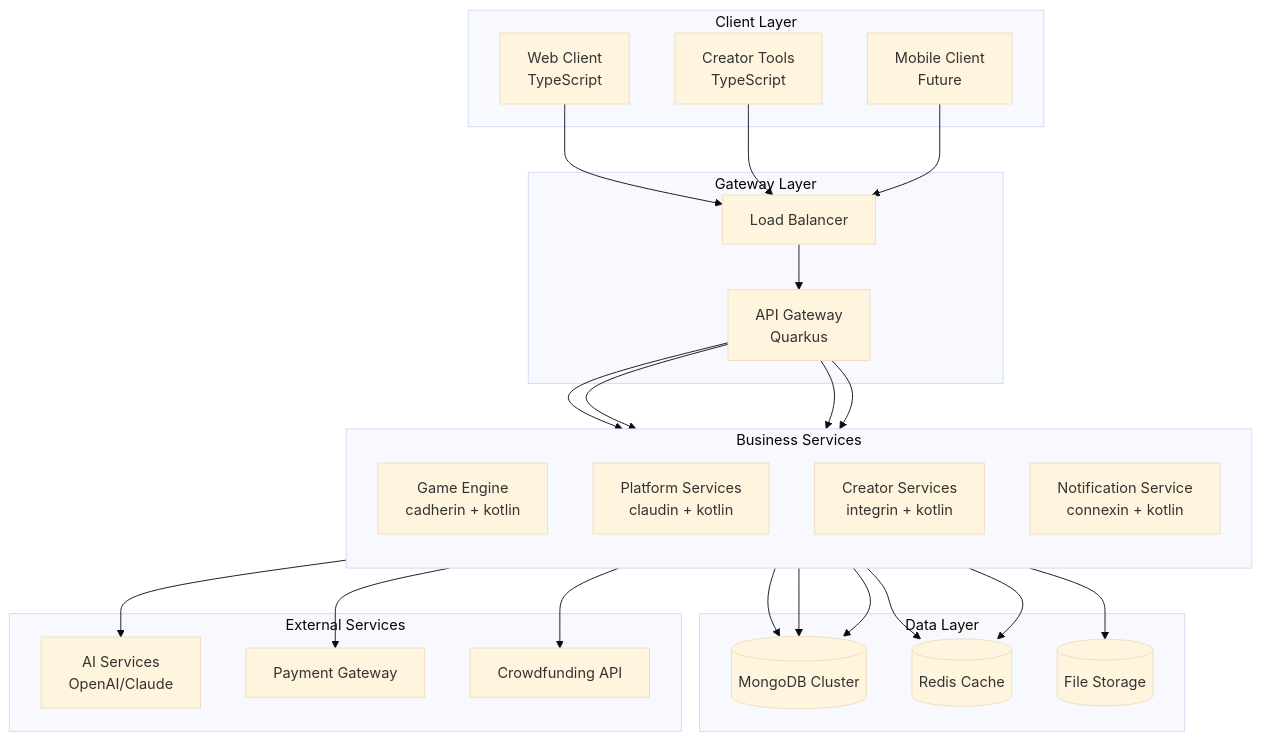
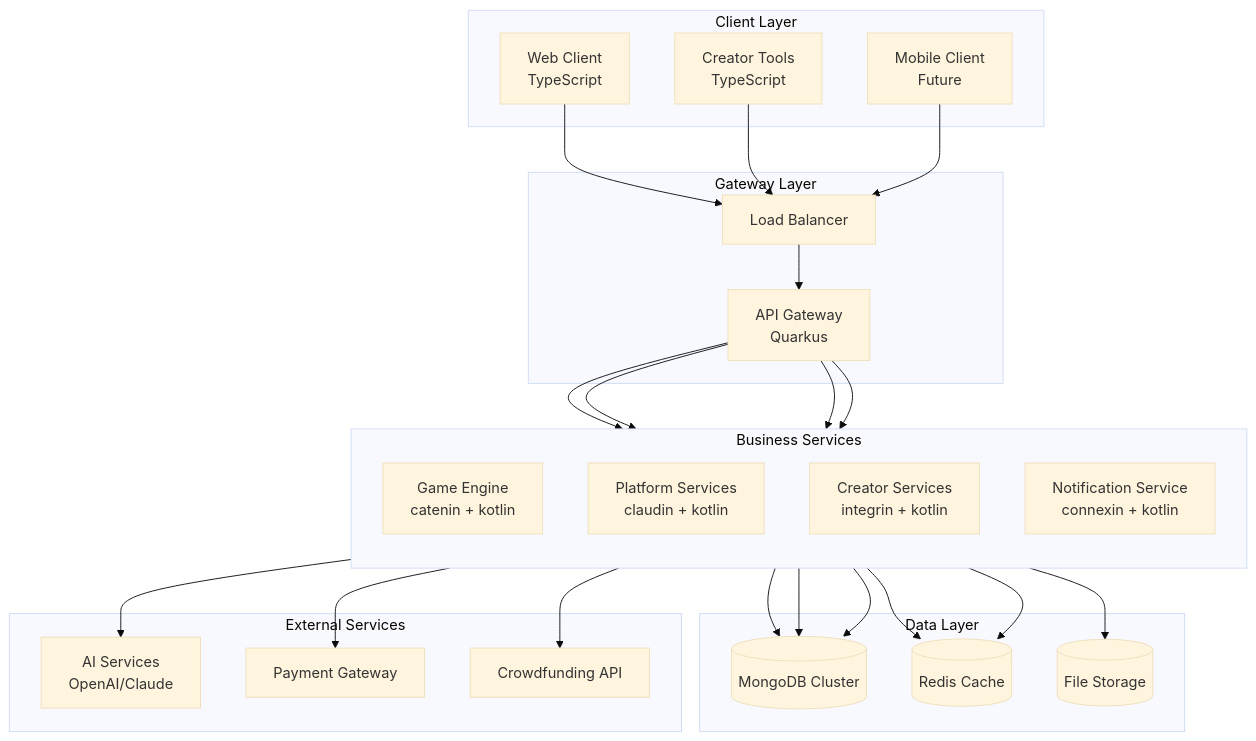
The diagram in docs/architecture.md (guyspy/junction), drawn with Mermaid (base theme) before and after one commit. The commit also changed other lines of this file and 82 other files, not shown here.

First line of the commit message:
refactor: rename cadherin to catenin throughout the codebase

````diff
--- a/docs/architecture.md
+++ b/docs/architecture.md
@@ -25,54 +25,54 @@
 ```mermaid
 graph TB
     subgraph "Client Layer"
         WC[Web Client<br/>TypeScript]
         CT[Creator Tools<br/>TypeScript]
         MC[Mobile Client<br/>Future]
     end
     
     subgraph "Gateway Layer"
         AG[API Gateway<br/>Quarkus]
         LB[Load Balancer]
     end
     
     subgraph "Business Services"
         direction TB
-        GE[Game Engine<br/>cadherin + kotlin]
+        GE[Game Engine<br/>catenin + kotlin]
         PS[Platform Services<br/>claudin + kotlin]
         CS[Creator Services<br/>integrin + kotlin]
         NS[Notification Service<br/>connexin + kotlin]
     end
     
     subgraph "Data Layer"
         MC1[(MongoDB Cluster)]
         RD[(Redis Cache)]
         S3[(File Storage)]
     end
     
     subgraph "External Services"
         AI[AI Services<br/>OpenAI/Claude]
         PM[Payment Gateway]
         CF[Crowdfunding API]
     end
     
     WC --> LB
     CT --> LB
     MC --> LB
     LB --> AG
     AG --> GE
     AG --> PS
     AG --> CS
     AG --> NS
     
     GE --> MC1
     PS --> MC1
     CS --> MC1
     NS --> RD
     
     GE --> RD
     CS --> S3
     
     CS --> AI
     PS --> PM
     PS --> CF
 ```
````
